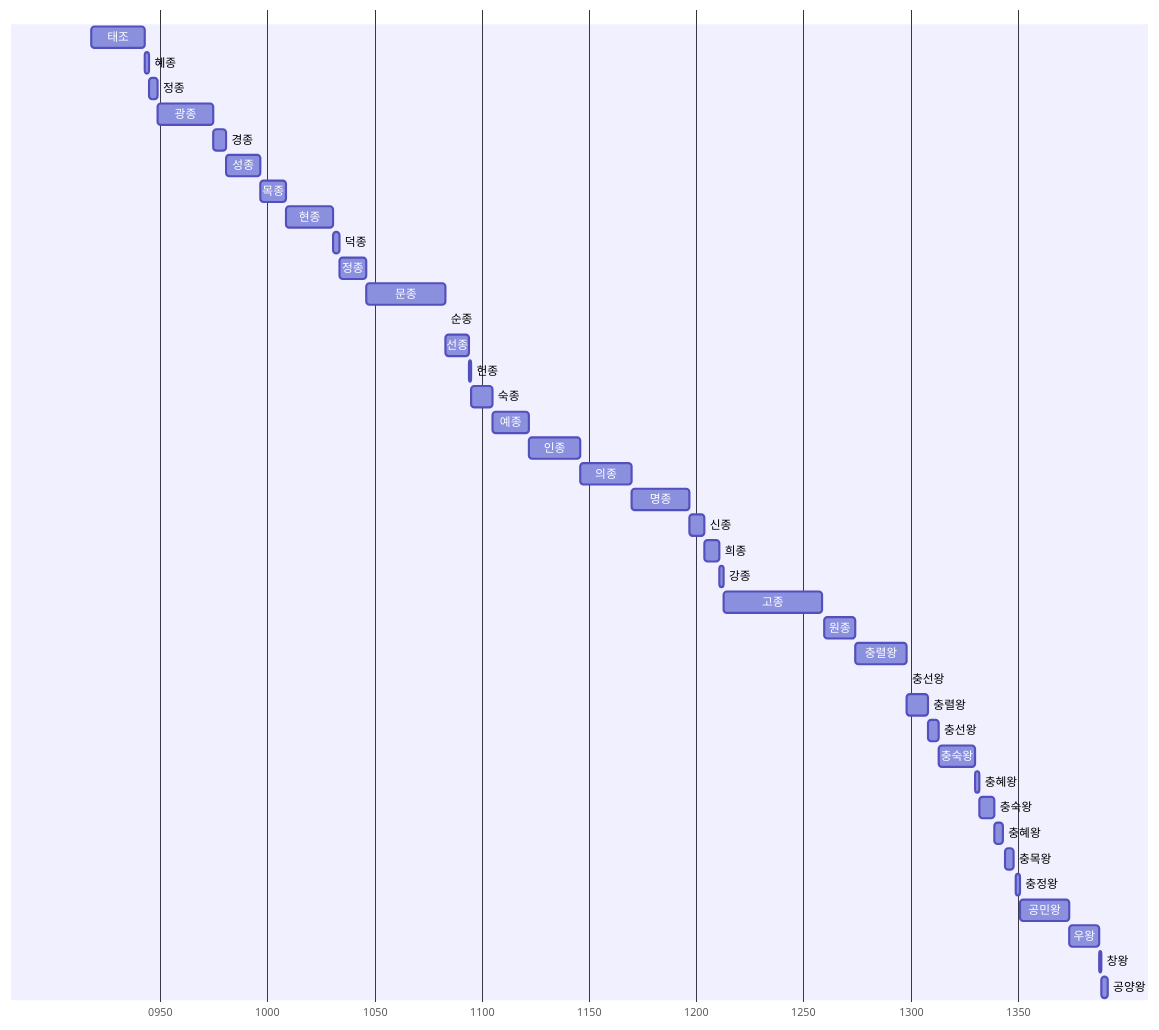
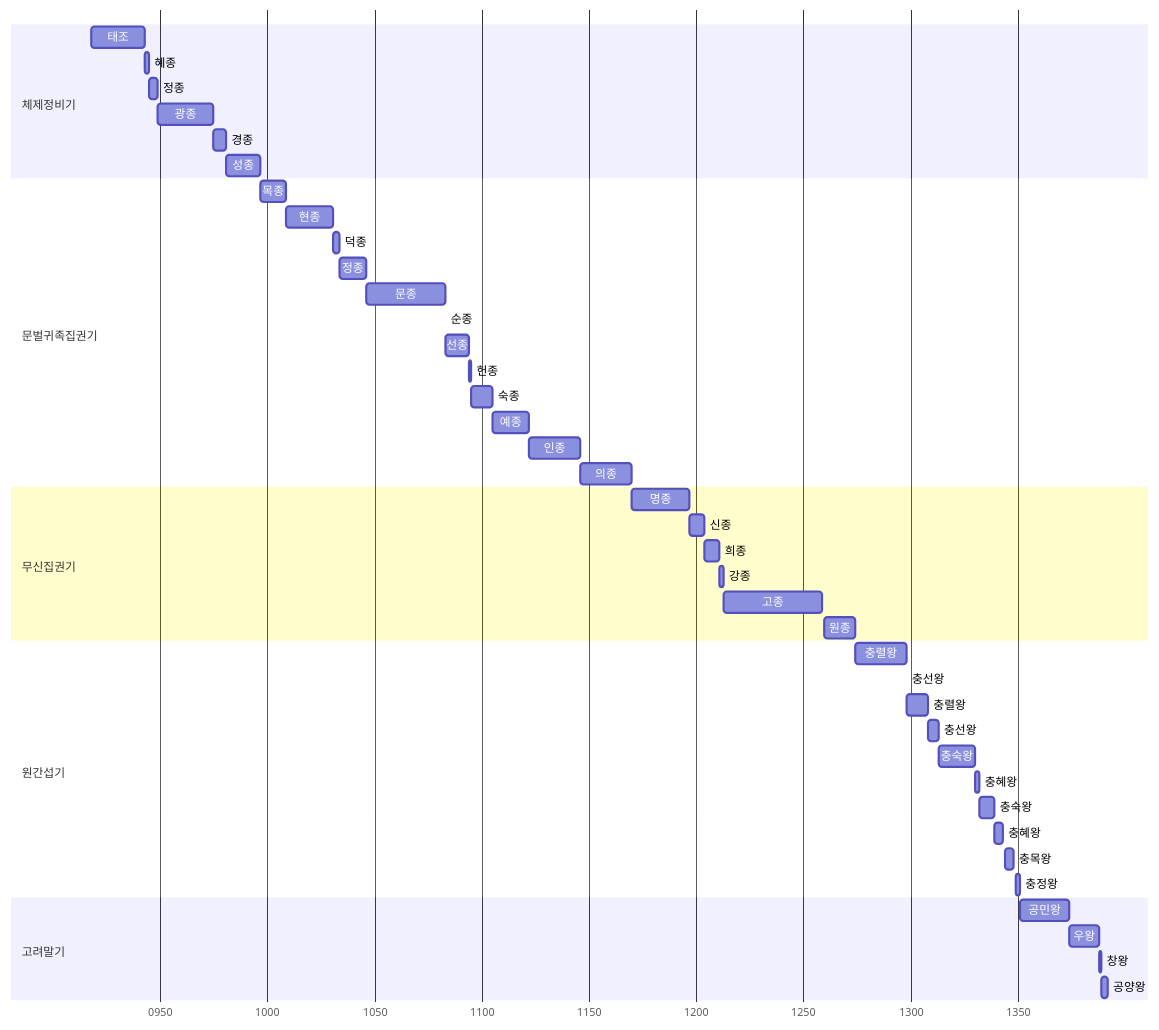
The first of 3 diagrams in 한국사/고려왕조_가계도_전체.md (daewonyoon/historigram), drawn with Mermaid before and after one commit. The commit also changed other lines of this file, not shown here.

````diff
--- a/한국사/고려왕조_가계도_전체.md
+++ b/한국사/고려왕조_가계도_전체.md
@@ -1,45 +1,54 @@
 ```mermaid
 gantt
 
 dateFormat YYYY
 axisFormat %Y
 
+section 체제정비기
 태조: 0918, 0943
 혜종: 0943, 0945
 정종: 0945, 0949
 광종: 0949, 0975
 경종: 0975, 0981
 성종: 0981, 0997
+
+section 문벌귀족집권기
 목종: 0997, 1009
 현종: 1009, 1031
 덕종: 1031, 1034
 정종: 1034, 1046
 문종: 1046, 1083
 순종: 1083, 1083
 선종: 1083, 1094
 헌종: 1094, 1095
 숙종: 1095, 1105
 예종: 1105, 1122
 인종: 1122, 1146
 의종: 1146, 1170
+
+section 무신집권기
 명종: 1170, 1197
 신종: 1197, 1204
 희종: 1204, 1211
 강종: 1211, 1213
 고종: 1213, 1259
 원종: 1260, 1274
+
+section 원간섭기
 충렬왕: 1274, 1298
 충선왕: 1298, 1298
 충렬왕: 1298, 1308
 충선왕: 1308, 1313
 충숙왕: 1313, 1330
 충혜왕: 1330, 1332
 충숙왕: 1332, 1339
 충혜왕: 1339, 1343
 충목왕: 1344, 1348
 충정왕: 1349, 1351
+
+section 고려말기
 공민왕: 1351, 1374
 우왕: 1374, 1388
 창왕: 1388, 1389
 공양왕: 1389, 1392
 ```
````
